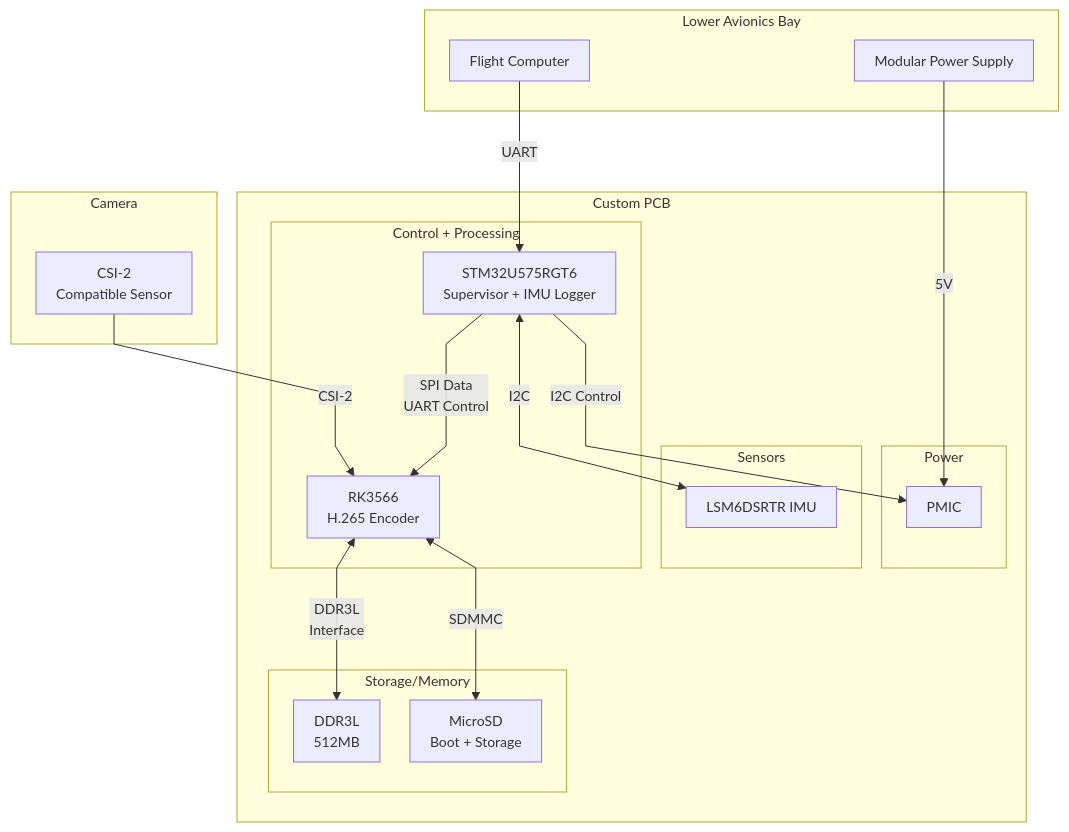
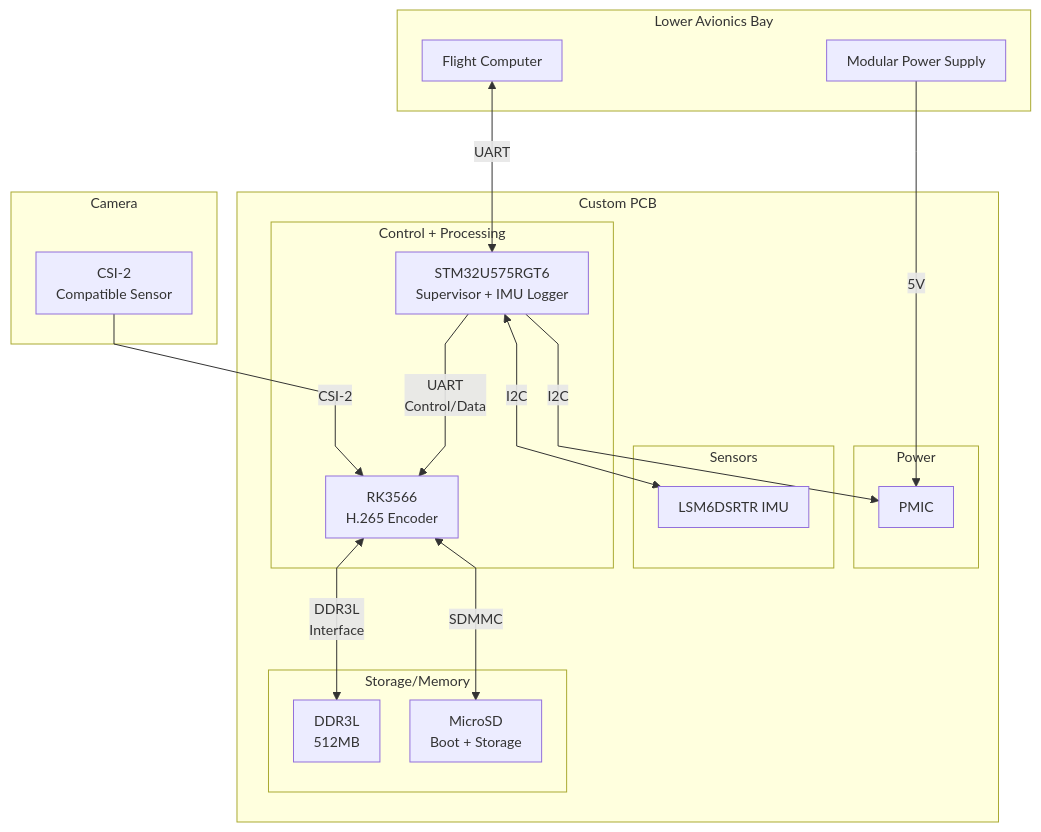
One commit to eric-handley/a3-srad-camera-kicad changed the diagram in diagrams/data-flow-diagram.md. Above: the diagram before and after it, drawn with Mermaid.

Commit message:
Remove SPI between STM and SoC

````diff
--- a/diagrams/data-flow-diagram.md
+++ b/diagrams/data-flow-diagram.md
@@ -1,57 +1,57 @@
 ```mermaid
 %%{init: {
     'themeVariables': {
         'fontSize': '14px'
     },
     'flowchart': {
       'padding': 10,
       'nodeSpacing': 30,
       'rankSpacing': 60,
       'curve': 'linear'
     }
 }}%%
 
 graph
     subgraph CAM["Camera"]
         SENSOR["CSI-2<br/>Compatible Sensor"]
     end
 
     subgraph LAB["Lower Avionics Bay"]
         MPS["Modular Power Supply"]
         FC["Flight Computer"]
     end
 
     subgraph PCB["Custom PCB"]
         subgraph POW["Power"]
             PMIC
         end
 
         subgraph Sensors
             IMU["LSM6DSRTR IMU"]
         end
 
         subgraph STOR["Storage/Memory"]
             RAM["DDR3L<br/>512MB"]
             SD["MicroSD<br/>Boot + Storage"]
         end
 
         subgraph CONTROL["Control + Processing"]
             RC["RK3566<br/>H.265 Encoder"]
             STM["STM32U575RGT6<br/>Supervisor + IMU Logger"]
         end
 
     end
 
     MPS -->|5V| PMIC
-    FC -->|UART| STM
+    FC <-->|UART| STM
     SENSOR -->|CSI-2| RC
 
 
     RC <-->|DDR3L</br>Interface|RAM
-    STM -->|"SPI Data </br> UART Control"| RC
+    STM -->|"UART</br>Control/Data"| RC
 
     RC <-->|SDMMC| SD
     STM <-->|I2C| IMU
 
-    STM -->|"I2C Control"| PMIC
+    STM -->|I2C| PMIC
 ```
````
